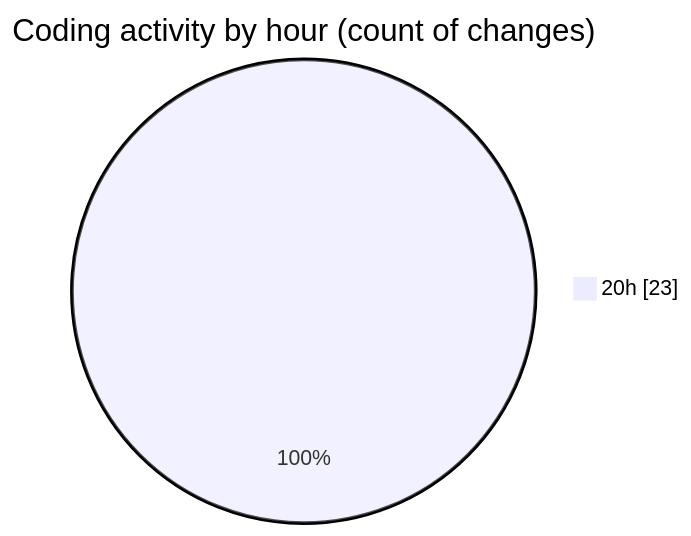
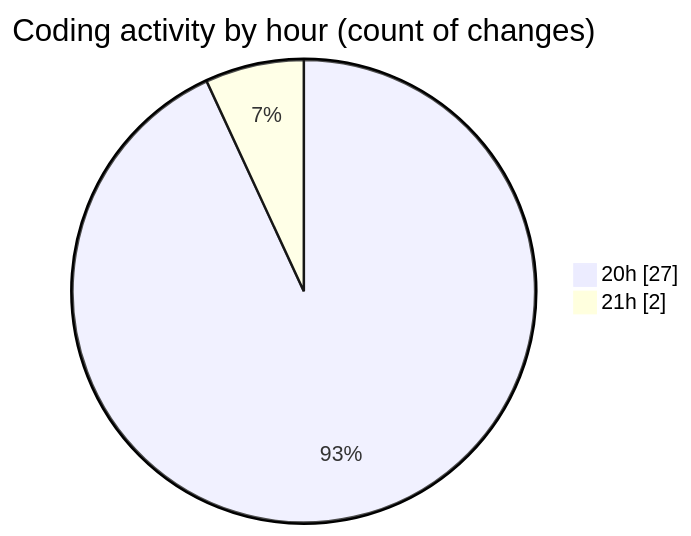
The second of 2 diagrams in 2025-02-16/iptv_moreel_me/README.md (momahboobian/code-tracking), drawn with Mermaid before and after one commit. The commit also changed other lines of this file and 1 other file, not shown here.

````diff
--- a/2025-02-16/iptv_moreel_me/README.md
+++ b/2025-02-16/iptv_moreel_me/README.md
@@ -28,5 +28,6 @@
 ```mermaid
 pie showData
 title Coding activity by hour (count of changes)
-"20h" : 23
+"20h" : 27
+"21h" : 2
 ```
````
